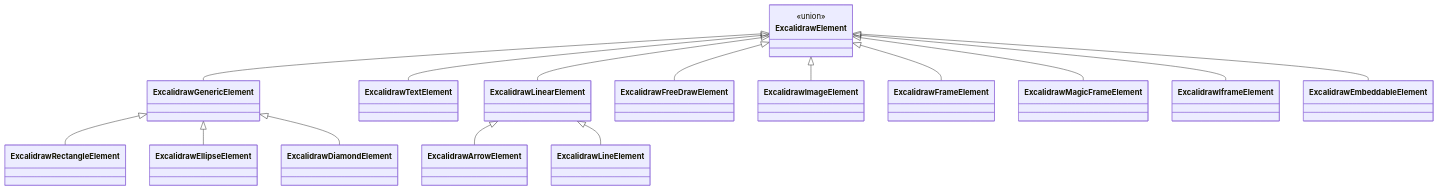
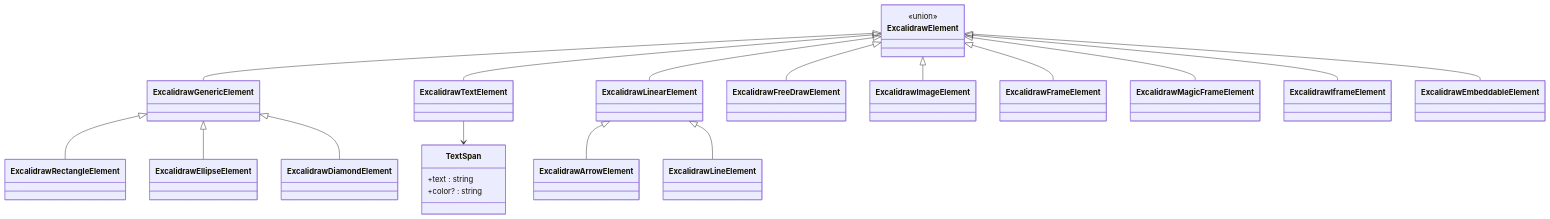
One commit to Az-qianchen/Excalidraw changed the second of 13 diagrams in .qoder/repowiki/zh/content/API 参考/元素 API.md. Above: the diagram before and after it, drawn with Mermaid. The commit also changed other lines of this file and 14 other files, not shown here.

````diff
--- a/.qoder/repowiki/zh/content/API 参考/元素 API.md
+++ b/.qoder/repowiki/zh/content/API 参考/元素 API.md
@@ -111,34 +137,39 @@
 ```mermaid
 classDiagram
 class ExcalidrawElement {
 <<union>>
 }
 class ExcalidrawGenericElement
 class ExcalidrawRectangleElement
 class ExcalidrawEllipseElement
 class ExcalidrawDiamondElement
 class ExcalidrawTextElement
 class ExcalidrawLinearElement
 class ExcalidrawArrowElement
 class ExcalidrawLineElement
 class ExcalidrawFreeDrawElement
 class ExcalidrawImageElement
 class ExcalidrawFrameElement
 class ExcalidrawMagicFrameElement
 class ExcalidrawIframeElement
 class ExcalidrawEmbeddableElement
+class TextSpan {
++text : string
++color? : string
+}
 ExcalidrawElement <|-- ExcalidrawGenericElement
 ExcalidrawGenericElement <|-- ExcalidrawRectangleElement
 ExcalidrawGenericElement <|-- ExcalidrawEllipseElement
 ExcalidrawGenericElement <|-- ExcalidrawDiamondElement
 ExcalidrawElement <|-- ExcalidrawTextElement
 ExcalidrawElement <|-- ExcalidrawLinearElement
 ExcalidrawLinearElement <|-- ExcalidrawArrowElement
 ExcalidrawLinearElement <|-- ExcalidrawLineElement
 ExcalidrawElement <|-- ExcalidrawFreeDrawElement
 ExcalidrawElement <|-- ExcalidrawImageElement
 ExcalidrawElement <|-- ExcalidrawFrameElement
 ExcalidrawElement <|-- ExcalidrawMagicFrameElement
 ExcalidrawElement <|-- ExcalidrawIframeElement
 ExcalidrawElement <|-- ExcalidrawEmbeddableElement
+ExcalidrawTextElement --> TextSpan
 ```
````
